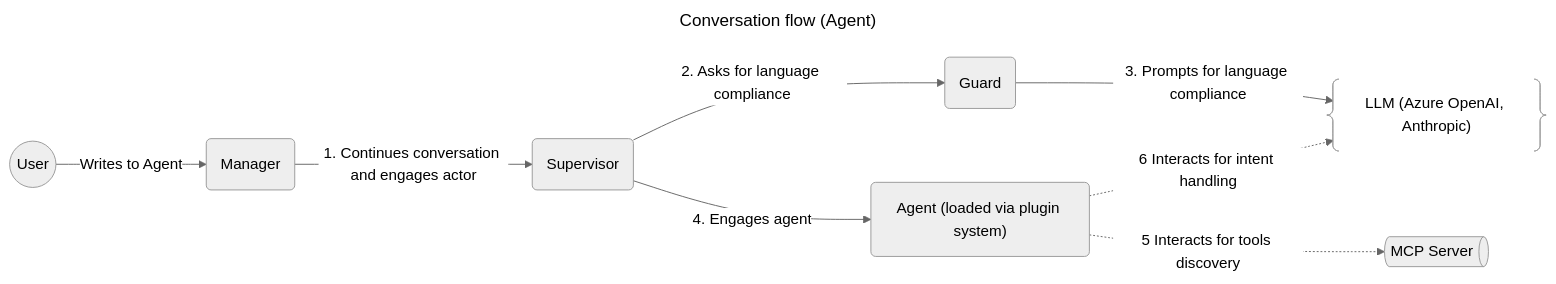
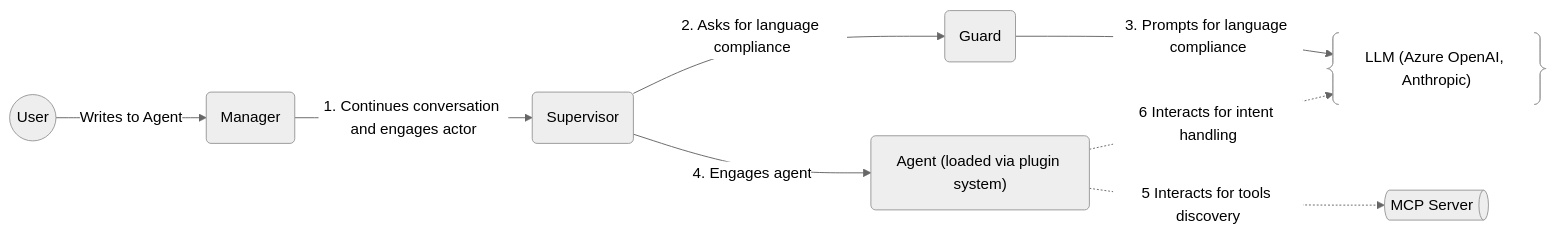
One commit to mdesalvo/Morgana changed the second of 2 diagrams in README.md. Above: the diagram before and after it, drawn with Mermaid (neutral theme).

````diff
--- a/README.md
+++ b/README.md
@@ -66,16 +66,13 @@
 ```mermaid
----
-title: Conversation flow (Agent)
----
 graph LR
   U@{shape: circle, label: "User"} -- Writes to Agent --> CM@{shape: rounded, label: "ConversationManager"}
   CM@{shape: rounded, label: "Manager"} -- 1. Continues conversation and engages actor --> SV@{shape: rounded, label: "Supervisor"}
 
   SV@{shape: rounded, label: "Supervisor"} -- 2. Asks for language compliance --> G@{shape: rounded, label: "Guard"}
   SV@{shape: rounded, label: "Supervisor"} -- 4. Engages agent --> MA@{shape: rounded, label: "MorganaAgent (loaded via plugin system)"}
 
   G@{shape: rounded, label: "Guard"} -- 3. Prompts for language compliance --> LLM
 
   MA@{shape: rounded, label: "Agent (loaded via plugin system)"} -. 5 Interacts for tools discovery .-> MCP@{shape: das, label: "MCP Server"}
   MA@{shape: rounded, label: "Agent (loaded via plugin system)"} -. 6 Interacts for intent handling .-> LLM@{shape: braces, label: "LLM (Azure OpenAI, Anthropic)"}
 ```
````
